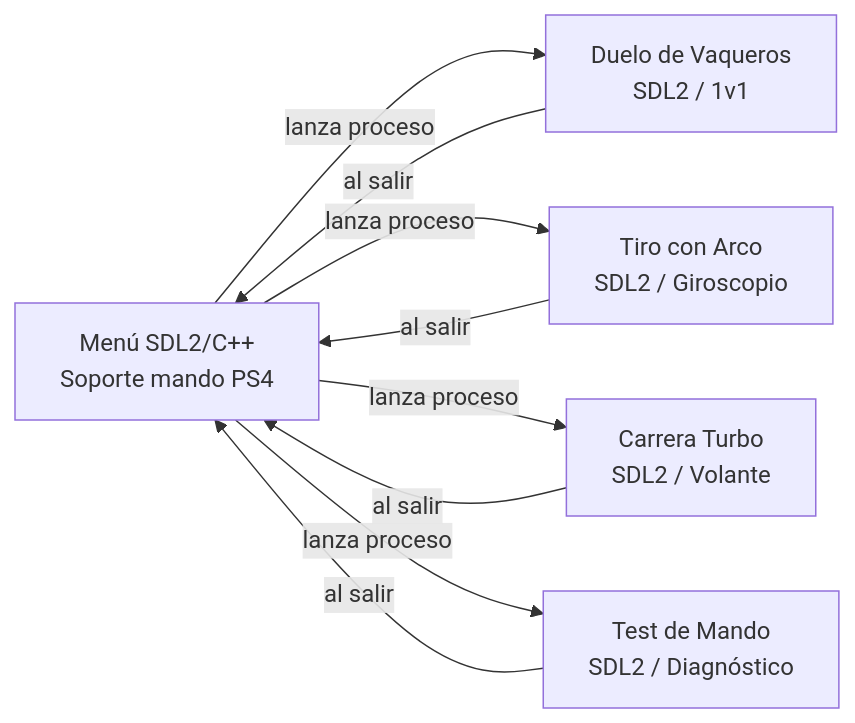
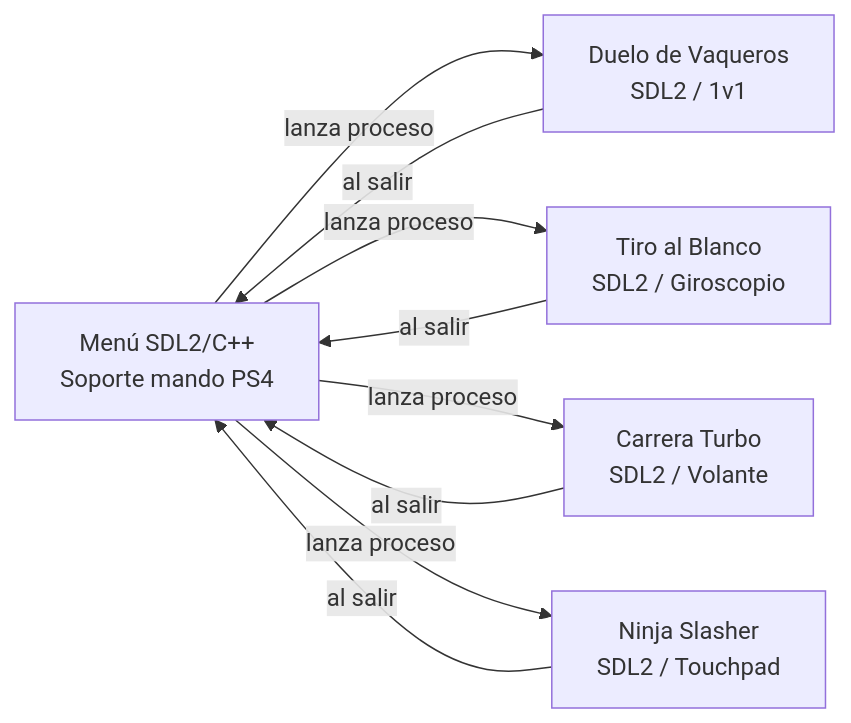
One commit to Santinorodriguez057/trabajoexpo changed the diagram in README.md. Above: the diagram before and after it, drawn with Mermaid. The commit also changed other lines of this file and 21 other files, not shown here.

Commit message:
Mejorar audio y efectos de Ninja Slasher, unificar pausa con Options en los 4 juegos y eliminar Test de Mando

````diff
--- a/README.md
+++ b/README.md
@@ -11,11 +11,11 @@
 ```mermaid
 flowchart LR
     M[Menú SDL2/C++<br/>Soporte mando PS4] -->|lanza proceso| G1[Duelo de Vaqueros<br/>SDL2 / 1v1]
-    M -->|lanza proceso| G2[Tiro con Arco<br/>SDL2 / Giroscopio]
+    M -->|lanza proceso| G2[Tiro al Blanco<br/>SDL2 / Giroscopio]
     M -->|lanza proceso| G3[Carrera Turbo<br/>SDL2 / Volante]
-    M -->|lanza proceso| G4[Test de Mando<br/>SDL2 / Diagnóstico]
+    M -->|lanza proceso| G4[Ninja Slasher<br/>SDL2 / Touchpad]
     G1 -->|al salir| M
     G2 -->|al salir| M
     G3 -->|al salir| M
     G4 -->|al salir| M
 ```
````
